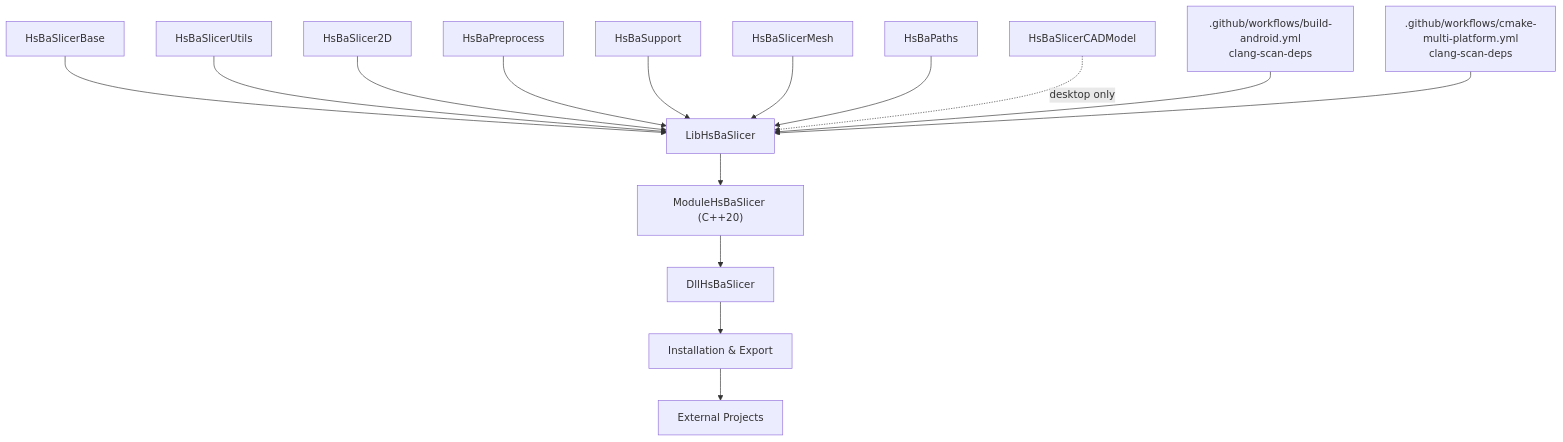
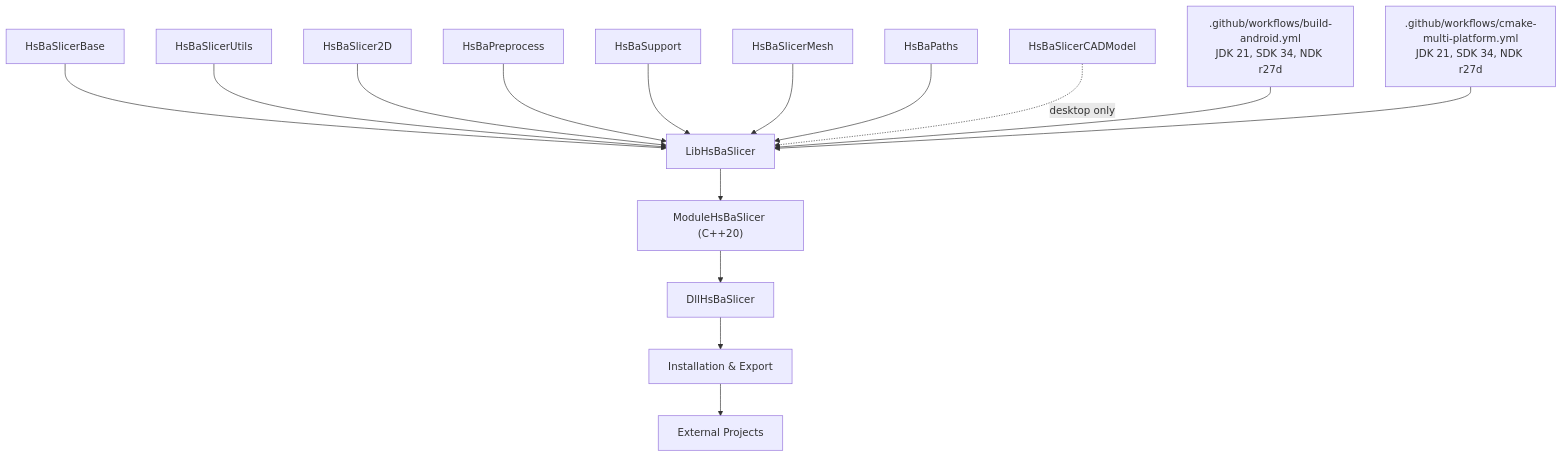
Before and after one commit to hsmbanlance/HsBaSlicer: diagram 18 of 18 in .qoder/repowiki/en/content/Getting Started/Multi-Platform Build System.md, drawn with Mermaid. The commit also changed other lines of this file and 14 other files, not shown here.

````diff
--- a/.qoder/repowiki/en/content/Getting Started/Multi-Platform Build System.md
+++ b/.qoder/repowiki/en/content/Getting Started/Multi-Platform Build System.md
@@ -627,17 +673,17 @@
 ```mermaid
 graph TB
 Base["HsBaSlicerBase"] --> Lib["LibHsBaSlicer"]
 Utils["HsBaSlicerUtils"] --> Lib
 TwoD["HsBaSlicer2D"] --> Lib
 Prep["HsBaPreprocess"] --> Lib
 Supp["HsBaSupport"] --> Lib
 Mesh["HsBaSlicerMesh"] --> Lib
 Paths["HsBaPaths"] --> Lib
 CAD["HsBaSlicerCADModel"] -. desktop only .-> Lib
 Lib --> Module["ModuleHsBaSlicer (C++20)"]
 Module --> Dll["DllHsBaSlicer"]
 Dll --> Install["Installation & Export"]
 Install --> External["External Projects"]
-AndroidCI[".github/workflows/build-android.yml<br/>clang-scan-deps"] --> Lib
-MultiPlatform[".github/workflows/cmake-multi-platform.yml<br/>clang-scan-deps"] --> Lib
+AndroidCI[".github/workflows/build-android.yml<br/>JDK 21, SDK 34, NDK r27d"] --> Lib
+MultiPlatform[".github/workflows/cmake-multi-platform.yml<br/>JDK 21, SDK 34, NDK r27d"] --> Lib
 ```
````
